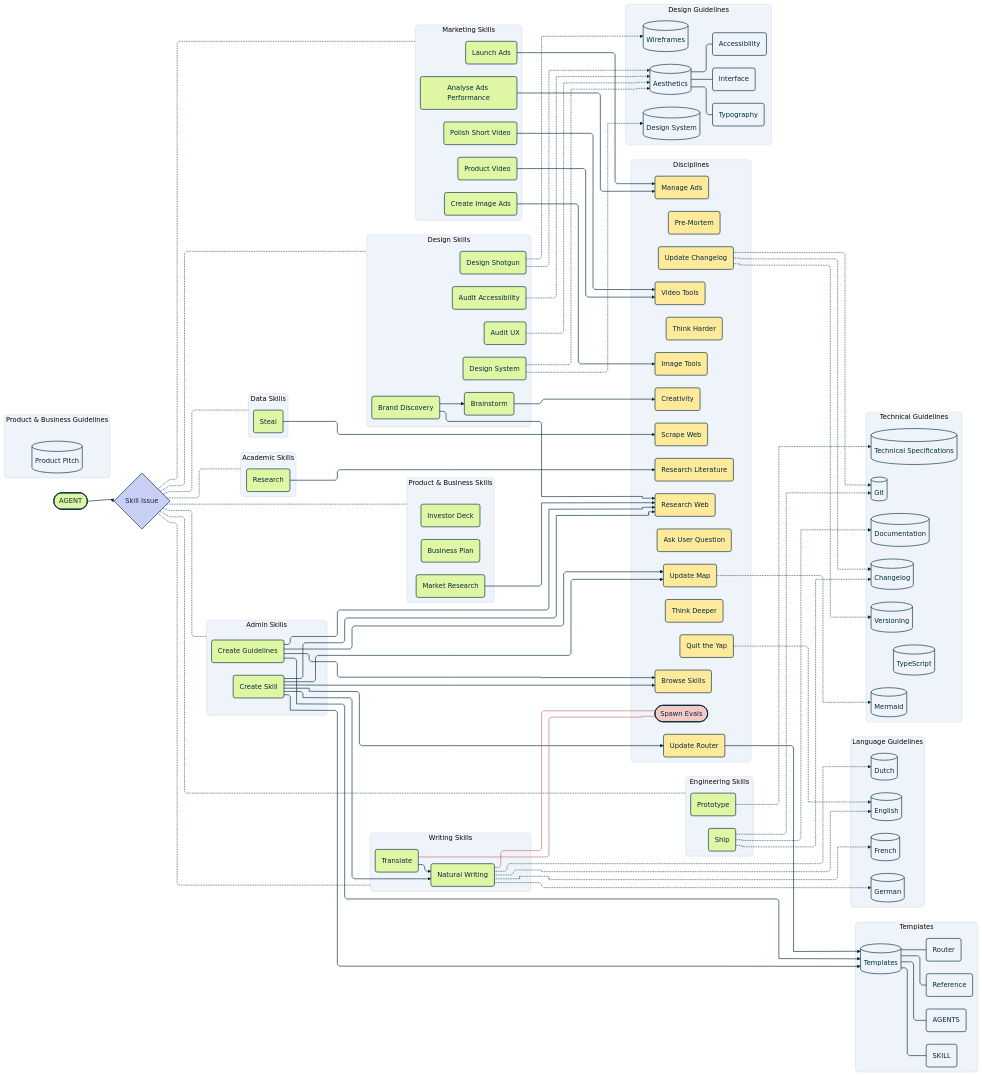
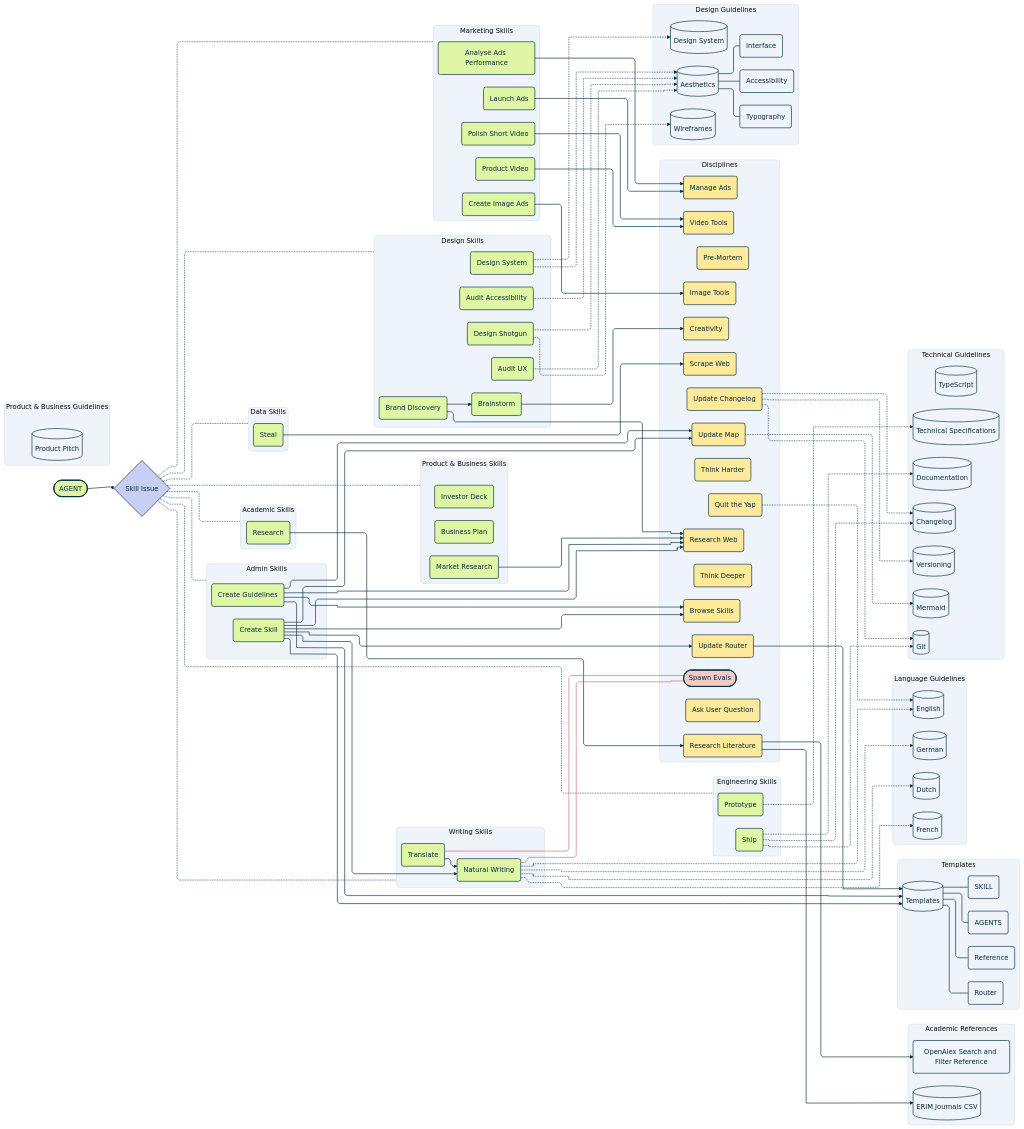
The diagram in map.mmd (josuamittels/agent-stack), drawn with Mermaid before and after one commit. The commit also changed 4 other files, not shown here.

Commit message:
Add OpenAlex literature search discipline

```diff
--- a/map.mmd
+++ b/map.mmd
@@ -102,7 +102,14 @@
         creativity("Creativity")
     end
 
+    subgraph academic_references [Academic References]
+        erim_journals[("ERIM Journals CSV")]
+        openalex_docs("OpenAlex Search and Filter Reference")
+    end
+
     research --> research_literature
+    research_literature --> erim_journals
+    research_literature --> openalex_docs
     steal --> scrape_web
     market_research --> research_web
     launch_ads --> manage_ads
@@ -201,7 +208,7 @@
     class spawn_evals evaluation
     class stack entry
     class natural_writing,create_guidelines,research,translate,analyse_ads,audit_accessibility,audit_ux,brainstorm,brand_discovery,business_plan,create_image_ads,create_skill,design_shotgun,design_system,investor_deck,launch_ads,market_research,polish_video,product_video,prototype,ship,steal skill
-    class aesthetics,changelog,design_system_guide,docs,dutch,english,french,german,git,versioning,mermaid,product_pitch,tech_spec,templates,ts,wireframes knowledge;
-    class interface,typography,accessibility,template_skill,template_ref,router_ref,agents_template document;
-    class design_guides,product_biz_guides,tech_guides,template_files,admin_skills,language_guides,academic_skills,data_skills,design_skills,marketing_skills,product_skills,writing_skills,video_skills,engineering_skills,discipline_map,guide_map section
+    class aesthetics,changelog,design_system_guide,docs,dutch,english,erim_journals,french,german,git,versioning,mermaid,product_pitch,tech_spec,templates,ts,wireframes knowledge;
+    class interface,typography,accessibility,openalex_docs,template_skill,template_ref,router_ref,agents_template document;
+    class design_guides,product_biz_guides,tech_guides,template_files,admin_skills,language_guides,academic_references,academic_skills,data_skills,design_skills,marketing_skills,product_skills,writing_skills,video_skills,engineering_skills,discipline_map,guide_map section
     linkStyle default stroke-width:1.5px,color:#002B3D
```
